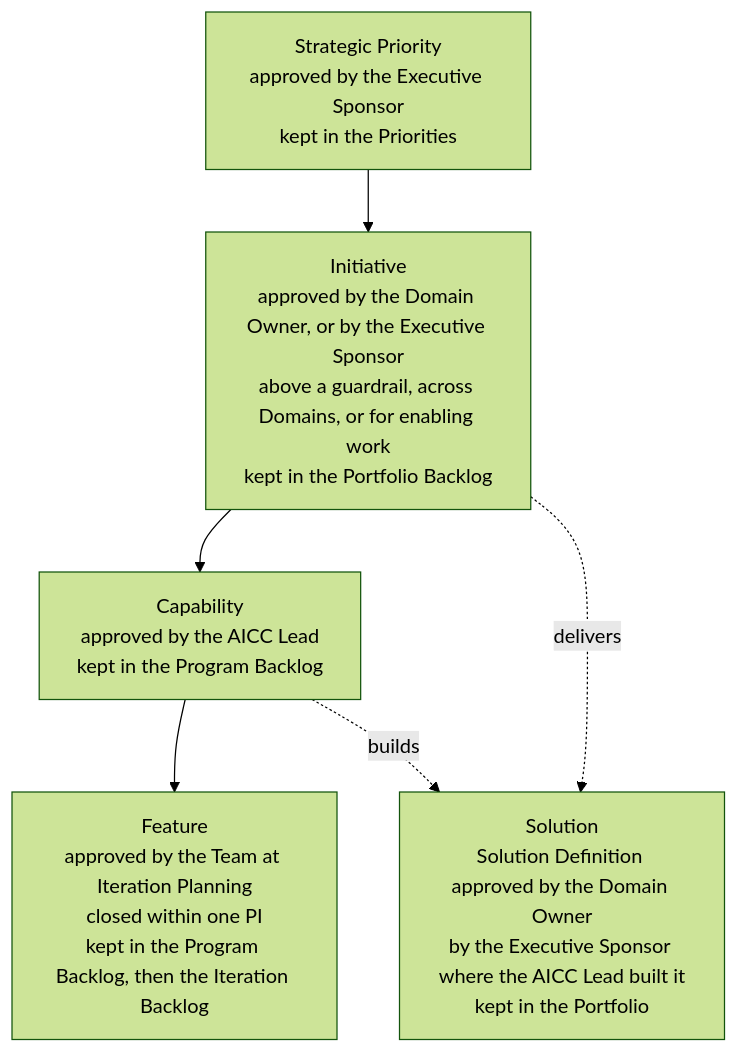
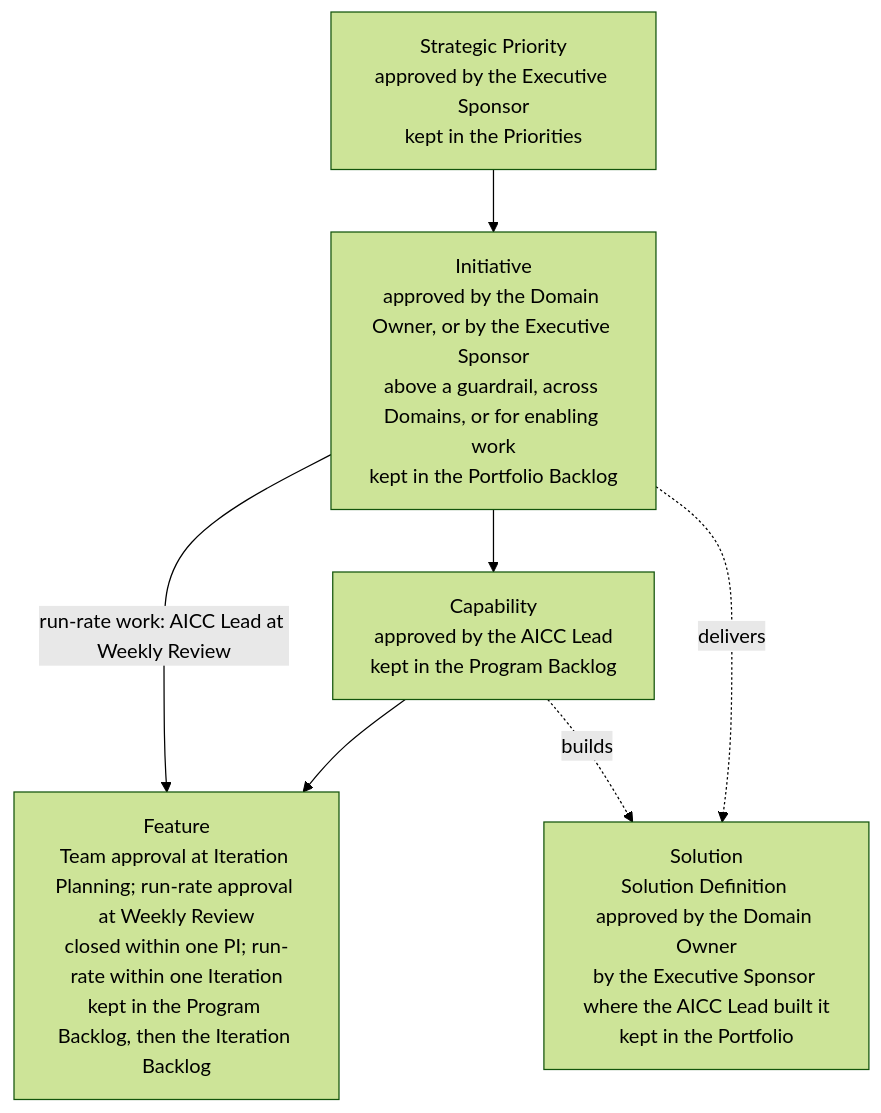
The first of 5 diagrams in charter/guides/service-delivery-guide.md (devhogu/ob-aicc), drawn with Mermaid (forest theme) before and after one commit. The commit also changed other lines of this file and 512 other files, not shown here.

````diff
--- a/charter/guides/service-delivery-guide.md
+++ b/charter/guides/service-delivery-guide.md
@@ -11,13 +11,14 @@
 ```mermaid
 flowchart TB
   SP["Strategic Priority<br/>approved by the Executive Sponsor<br/>kept in the Priorities"]
   INI["Initiative<br/>approved by the Domain Owner, or by the Executive Sponsor<br/>above a guardrail, across Domains, or for enabling work<br/>kept in the Portfolio Backlog"]
   CAP["Capability<br/>approved by the AICC Lead<br/>kept in the Program Backlog"]
-  FT["Feature<br/>approved by the Team at Iteration Planning<br/>closed within one PI<br/>kept in the Program Backlog, then the Iteration Backlog"]
+  FT["Feature<br/>Team approval at Iteration Planning; run-rate approval at Weekly Review<br/>closed within one PI; run-rate within one Iteration<br/>kept in the Program Backlog, then the Iteration Backlog"]
   SOL["Solution<br/>Solution Definition approved by the Domain Owner<br/>by the Executive Sponsor where the AICC Lead built it<br/>kept in the Portfolio"]
   SP --> INI
   INI --> CAP
   CAP --> FT
+  INI -->|run-rate work: AICC Lead at Weekly Review| FT
   INI -.->|"delivers"| SOL
   CAP -.->|"builds"| SOL
 ```
````
